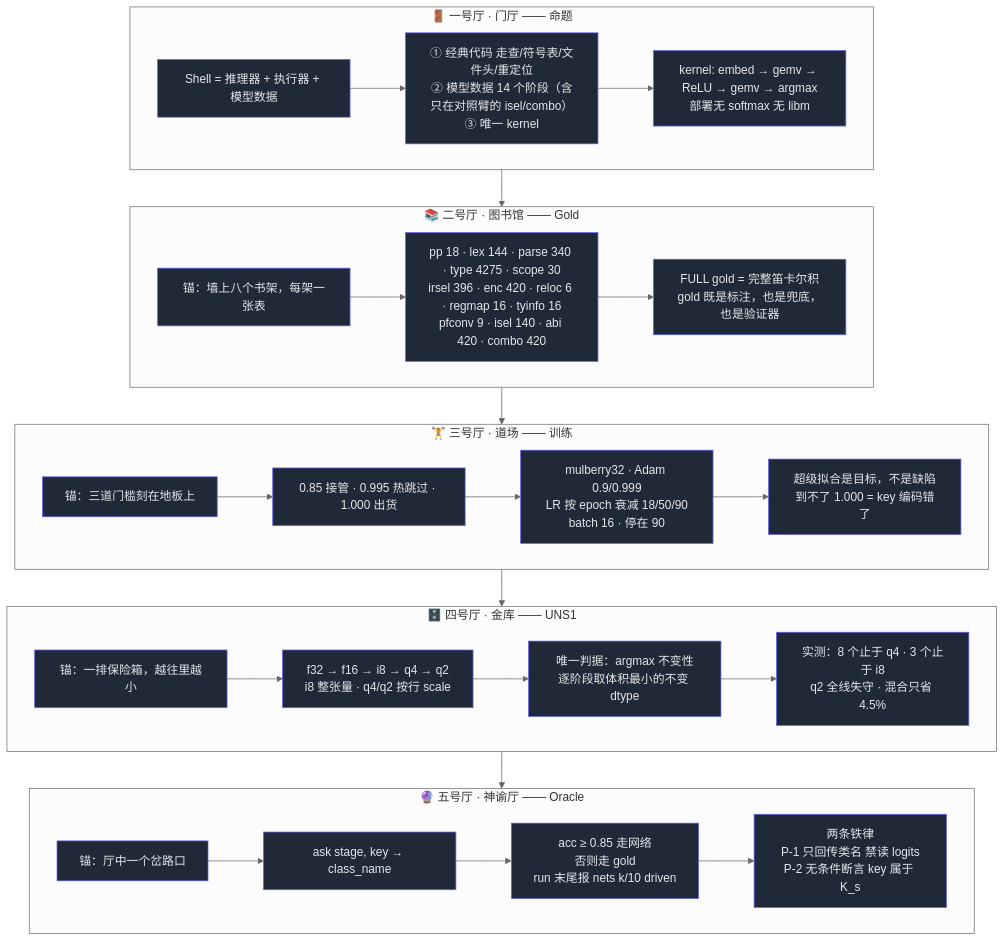
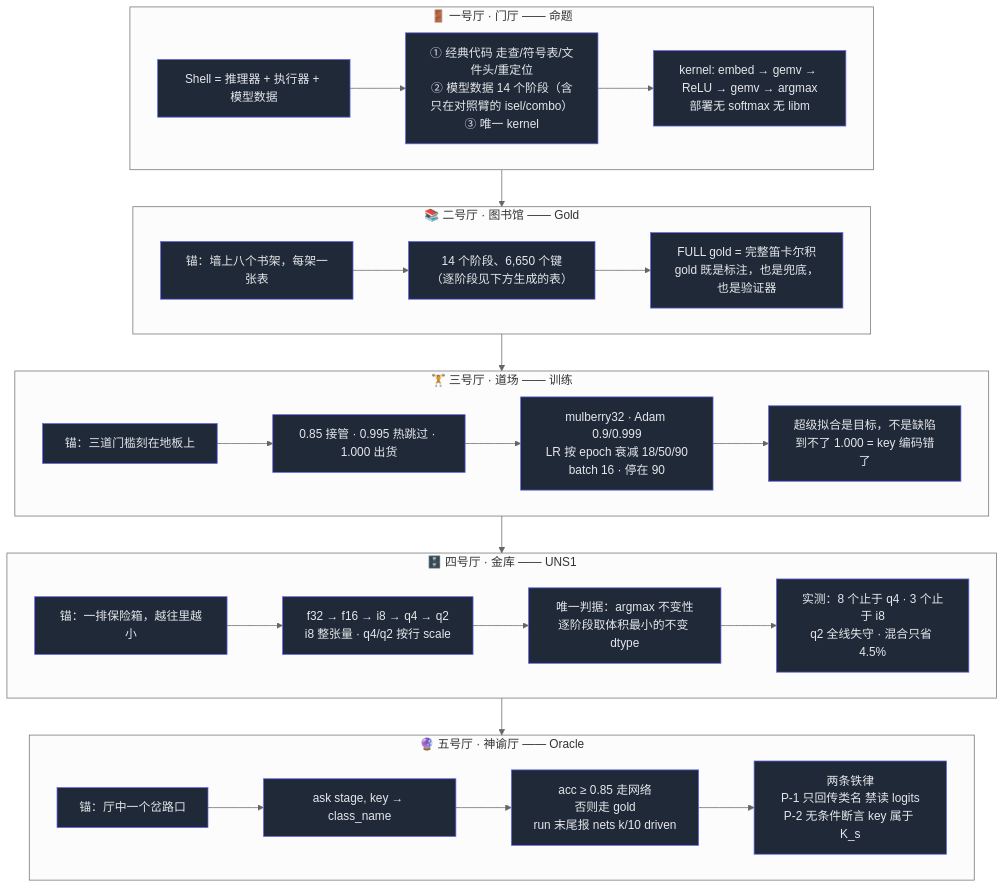
The first of 5 diagrams in prd.map.md (partnernetsoftware/unisacc), drawn with Mermaid (neutral theme) before and after one commit. The commit also changed other lines of this file and 7 other files, not shown here.

````diff
--- a/prd.map.md
+++ b/prd.map.md
@@ -10,45 +10,45 @@
 ```mermaid
 flowchart TD
     subgraph R1["🚪 一号厅 · 门厅 —— 命题"]
         A1["Shell = 推理器 + 执行器 + 模型数据"]
         A2["① 经典代码 走查/符号表/文件头/重定位<br/>② 模型数据 14 个阶段（含只在对照臂的 isel/combo）<br/>③ 唯一 kernel"]
         A3["kernel: embed → gemv → ReLU → gemv → argmax<br/>部署无 softmax 无 libm"]
         A1 --> A2 --> A3
     end
 
     subgraph R2["📚 二号厅 · 图书馆 —— Gold"]
         B1["锚：墙上八个书架，每架一张表"]
-        B2["pp 18 · lex 144 · parse 340 · type 4275 · scope 30<br/>irsel 396 · enc 420 · reloc 6 · regmap 16 · tyinfo 16<br/>pfconv 9 · isel 140 · abi 420 · combo 420"]
+        B2["14 个阶段、6,650 个键<br/>（逐阶段见下方生成的表）"]
         B3["FULL gold = 完整笛卡尔积<br/>gold 既是标注，也是兜底，也是验证器"]
         B1 --> B2 --> B3
     end
 
     subgraph R3["🏋️ 三号厅 · 道场 —— 训练"]
         C1["锚：三道门槛刻在地板上"]
         C2["0.85 接管 · 0.995 热跳过 · 1.000 出货"]
         C3["mulberry32 · Adam 0.9/0.999<br/>LR 按 epoch 衰减 18/50/90<br/>batch 16 · 停在 90"]
         C4["超级拟合是目标，不是缺陷<br/>到不了 1.000 = key 编码错了"]
         C1 --> C2 --> C3 --> C4
     end
 
     subgraph R4["🗄️ 四号厅 · 金库 —— UNS1"]
         D1["锚：一排保险箱，越往里越小"]
         D2["f32 → f16 → i8 → q4 → q2<br/>i8 整张量 · q4/q2 按行 scale"]
         D3["唯一判据：argmax 不变性<br/>逐阶段取体积最小的不变 dtype"]
         D4["实测：8 个止于 q4 · 3 个止于 i8<br/>q2 全线失守 · 混合只省 4.5%"]
         D1 --> D2 --> D3 --> D4
     end
 
     subgraph R5["🔮 五号厅 · 神谕厅 —— Oracle"]
         E1["锚：厅中一个岔路口"]
         E2["ask stage, key → class_name"]
         E3["acc ≥ 0.85 走网络<br/>否则走 gold<br/>run 末尾报 nets k/10 driven"]
         E4["两条铁律<br/>P-1 只回传类名 禁读 logits<br/>P-2 无条件断言 key 属于 K_s"]
         E1 --> E2 --> E3 --> E4
     end
 
     R1 --> R2 --> R3 --> R4 --> R5
 
     classDef room fill:#1f2937,stroke:#6366f1,color:#e5e7eb
     class A1,A2,A3,B1,B2,B3,C1,C2,C3,C4,D1,D2,D3,D4,E1,E2,E3,E4 room
 ```
````
